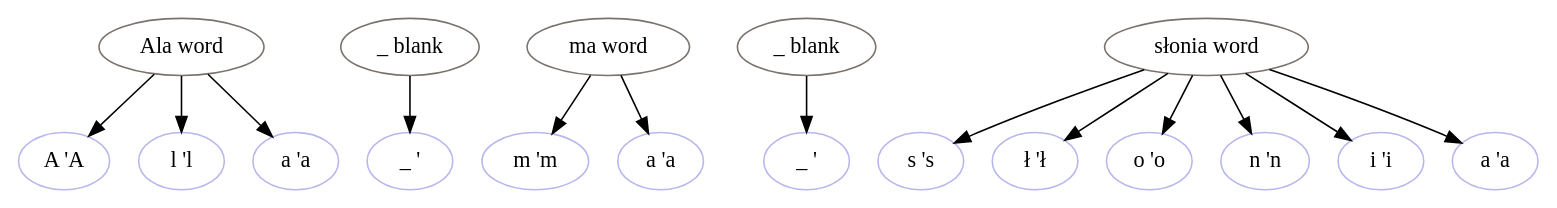
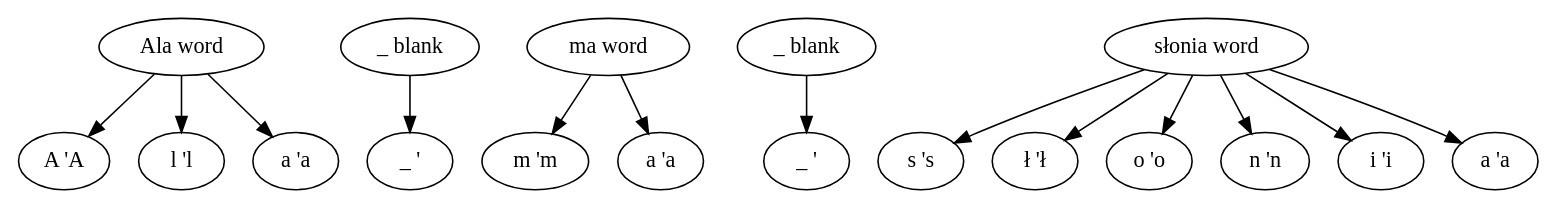
One commit to manicki/psi-toolkit changed the diagram in formats/gv/m/tree/pl_sample_simple.out.dot. Above: the diagram before and after it, drawn with Graphviz. The commit also changed 30 other files, not shown here.

```diff
--- a/formats/gv/m/tree/pl_sample_simple.out.dot
+++ b/formats/gv/m/tree/pl_sample_simple.out.dot
@@ -1,35 +1,35 @@
 digraph g {
 	node [label="\N"];
 	graph [rankdir=TB];
-	1 [label="A 'A", color="#b8b7ec"];
-	2 [label="l 'l", color="#b8b7ec"];
-	3 [label="a 'a", color="#b8b7ec"];
-	4 [label="Ala word", color="#7a726e"];
-	5 [label="_ ' ", color="#b8b7ec"];
-	6 [label="_ blank", color="#7a726e"];
-	7 [label="m 'm", color="#b8b7ec"];
-	8 [label="a 'a", color="#b8b7ec"];
-	9 [label="ma word", color="#7a726e"];
-	10 [label="_ ' ", color="#b8b7ec"];
-	11 [label="_ blank", color="#7a726e"];
-	12 [label="s 's", color="#b8b7ec"];
-	13 [label="ł 'ł", color="#b8b7ec"];
-	14 [label="o 'o", color="#b8b7ec"];
-	15 [label="n 'n", color="#b8b7ec"];
-	16 [label="i 'i", color="#b8b7ec"];
-	17 [label="a 'a", color="#b8b7ec"];
-	18 [label="słonia word", color="#7a726e"];
+	1 [label="A 'A"];
+	2 [label="l 'l"];
+	3 [label="a 'a"];
+	4 [label="Ala word"];
+	5 [label="_ ' "];
+	6 [label="_ blank"];
+	7 [label="m 'm"];
+	8 [label="a 'a"];
+	9 [label="ma word"];
+	10 [label="_ ' "];
+	11 [label="_ blank"];
+	12 [label="s 's"];
+	13 [label="ł 'ł"];
+	14 [label="o 'o"];
+	15 [label="n 'n"];
+	16 [label="i 'i"];
+	17 [label="a 'a"];
+	18 [label="słonia word"];
 	4 -> 1;
 	4 -> 2;
 	4 -> 3;
 	6 -> 5;
 	9 -> 7;
 	9 -> 8;
 	11 -> 10;
 	18 -> 12;
 	18 -> 13;
 	18 -> 14;
 	18 -> 15;
 	18 -> 16;
 	18 -> 17;
 }
```
